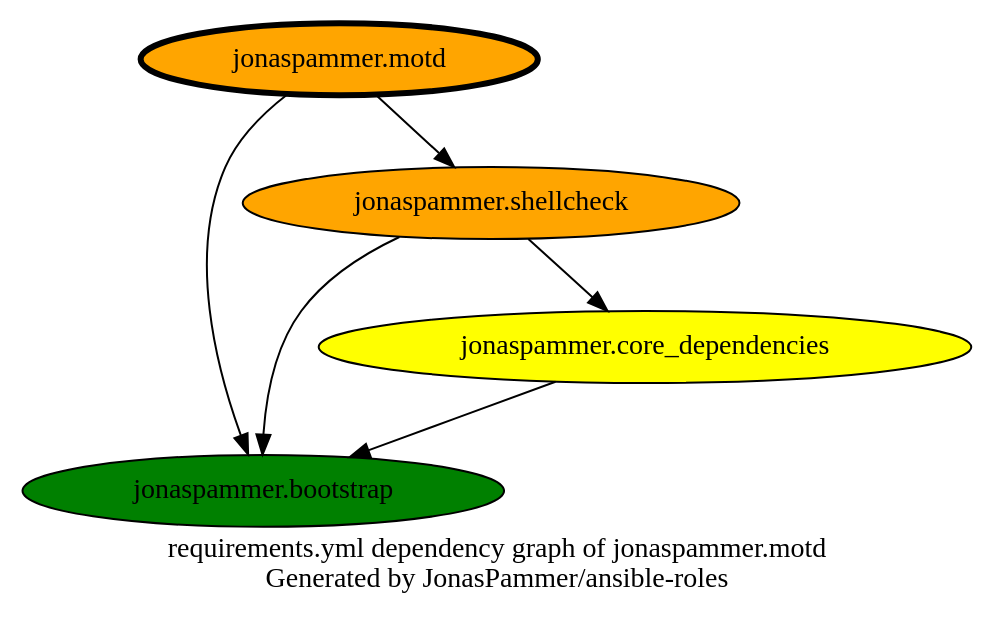
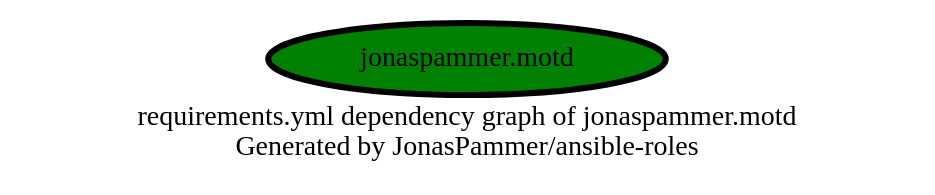
The diagram in graphs/dependencies_motd.dot (JonasPammer/ansible-roles), drawn with Graphviz before and after one commit. The commit also changed 32 other files, not shown here.

```diff
--- a/graphs/dependencies_motd.dot
+++ b/graphs/dependencies_motd.dot
@@ -1,16 +1,10 @@
 digraph hierarchy {
   label = "requirements.yml dependency graph of jonaspammer.motd \n Generated by JonasPammer/ansible-roles" ;
   overlap=false
 
   {
-    "jonaspammer.motd" [fillcolor=orange style=filled penwidth=3]
-    "jonaspammer.bootstrap" [fillcolor=green style=filled ]
-    "jonaspammer.shellcheck" [fillcolor=orange style=filled ]
-    "jonaspammer.core_dependencies" [fillcolor=yellow style=filled ]
+    "jonaspammer.motd" [fillcolor=green style=filled penwidth=3]
   }
 
 
-  "jonaspammer.motd" -> {"jonaspammer.bootstrap" "jonaspammer.shellcheck"}
-  "jonaspammer.shellcheck" -> {"jonaspammer.bootstrap" "jonaspammer.core_dependencies"}
-  "jonaspammer.core_dependencies" -> {"jonaspammer.bootstrap"}
 }
```
